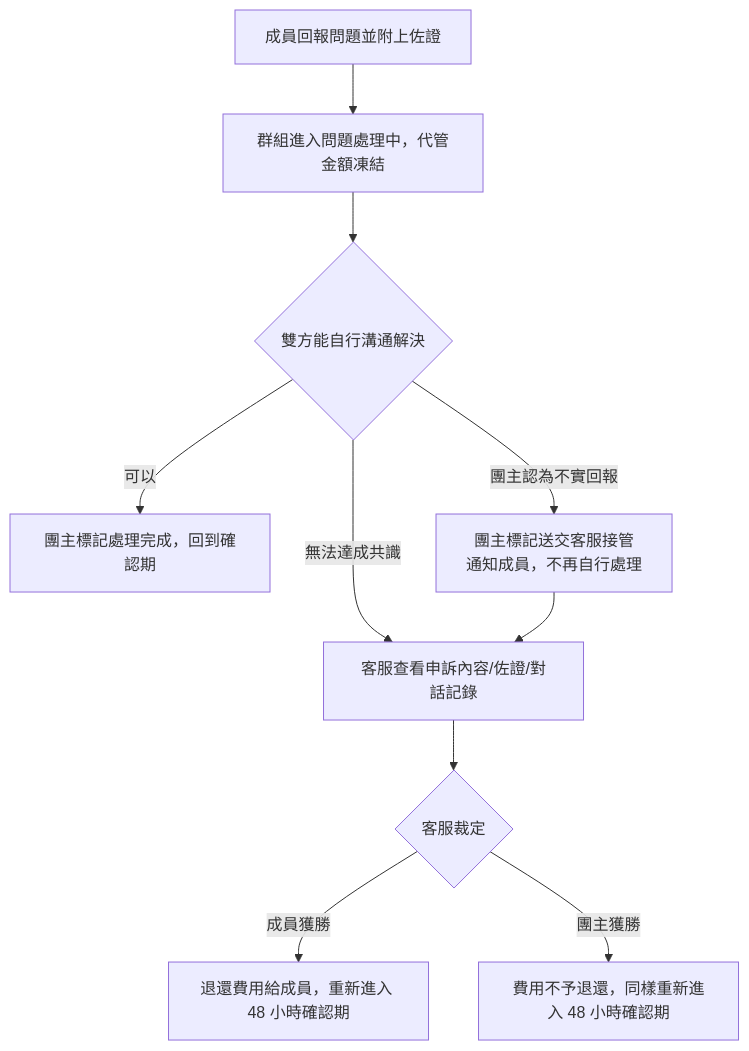
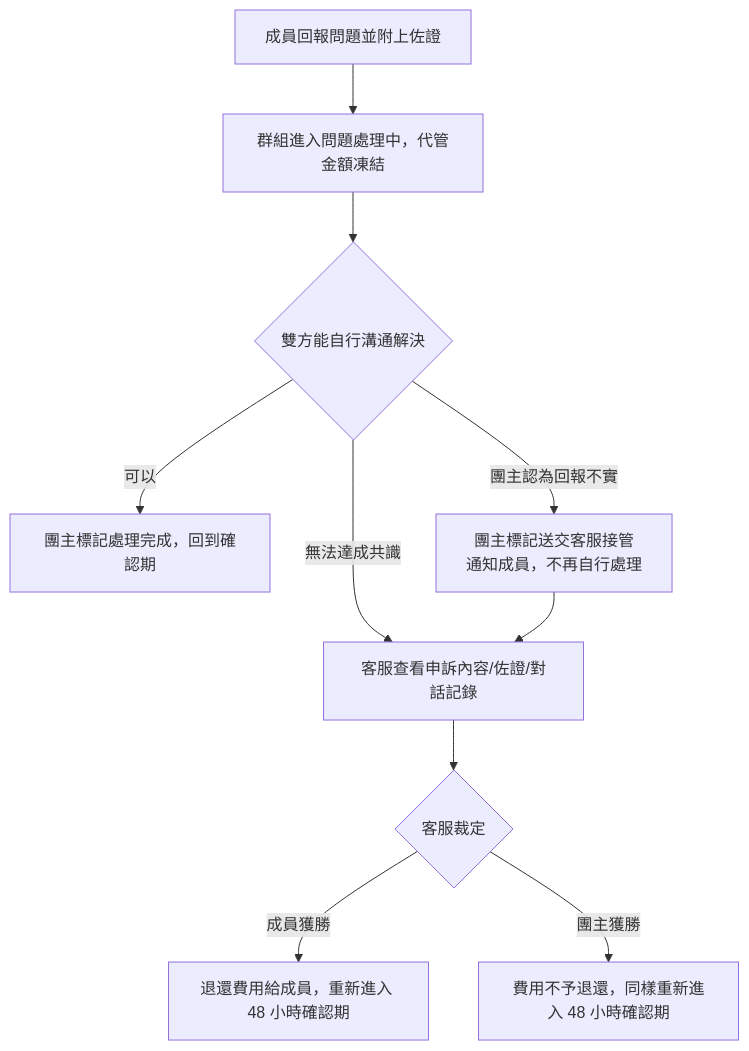
Before and after one commit to AndyChia0309/PartyMatch: the diagram in docs/flows/dispute-flow.md, drawn with Mermaid. The commit also changed other lines of this file and 7 other files, not shown here.

````diff
--- a/docs/flows/dispute-flow.md
+++ b/docs/flows/dispute-flow.md
@@ -8,12 +8,12 @@
 ```mermaid
 flowchart TD
   A[成員回報問題並附上佐證] --> B[群組進入問題處理中，代管金額凍結]
   B --> C{雙方能自行溝通解決}
   C -->|可以| D[團主標記處理完成，回到確認期]
-  C -->|團主認為不實回報| I[團主標記送交客服接管\n通知成員，不再自行處理]
+  C -->|團主認為回報不實| I[團主標記送交客服接管\n通知成員，不再自行處理]
   C -->|無法達成共識| E[客服查看申訴內容/佐證/對話記錄]
   I --> E
   E --> F{客服裁定}
   F -->|成員獲勝| G[退還費用給成員，重新進入 48 小時確認期]
   F -->|團主獲勝| H[費用不予退還，同樣重新進入 48 小時確認期]
 ```
````
